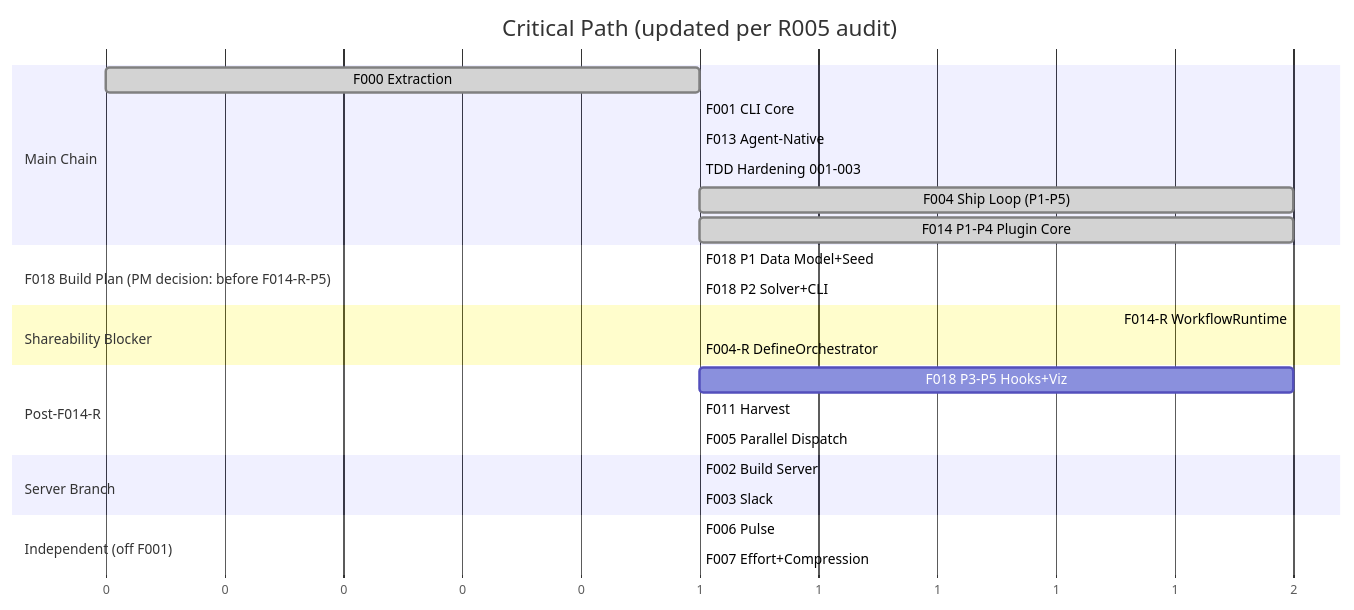
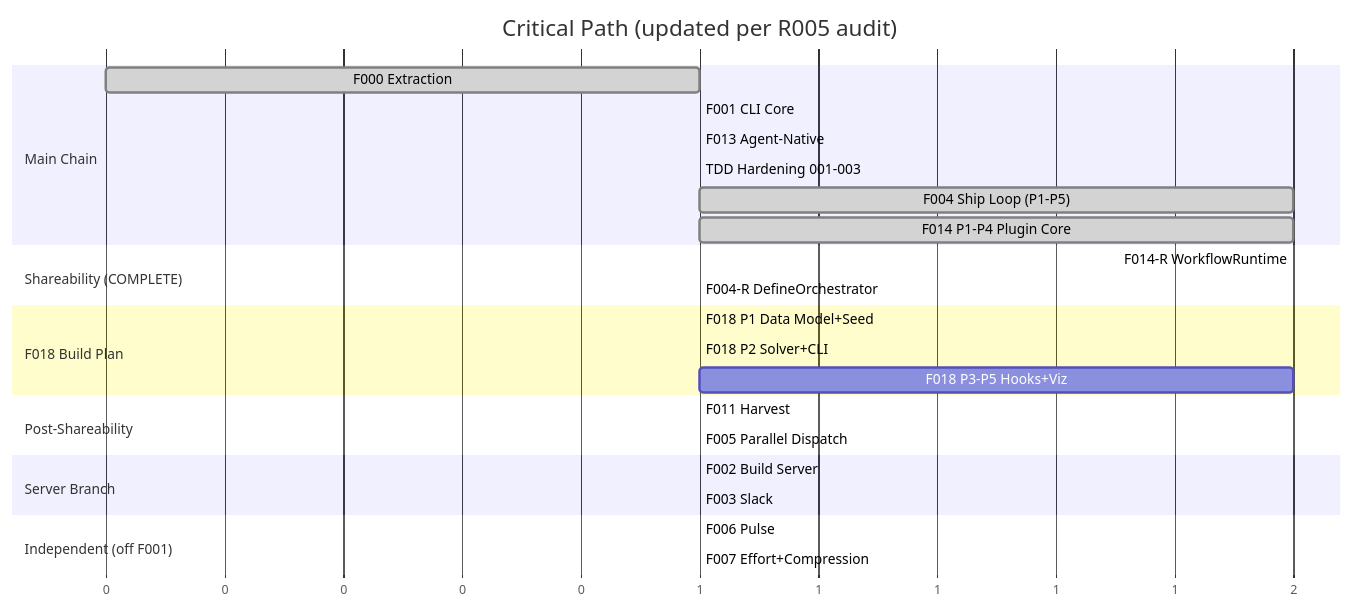
One commit to gforge-esc/gwrk changed the second of 2 diagrams in specs/000-build-plan.md. Above: the diagram before and after it, drawn with Mermaid. The commit also changed other lines of this file and 17 other files, not shown here.

First line of the commit message:
feat(shareability): kill .agents/ couplings, update build plan v15

````diff
--- a/specs/000-build-plan.md
+++ b/specs/000-build-plan.md
@@ -74,35 +74,35 @@
 ```mermaid
 gantt
     title Critical Path (updated per R005 audit)
     dateFormat X
     axisFormat %s
 
     section Main Chain
     F000 Extraction          :done,    f000, 0, 1
     F001 CLI Core            :done,    f001, after f000, 1
     F013 Agent-Native        :done,    f013, after f001, 1
     TDD Hardening 001-003   :done,    tdd,  after f013, 1
     F004 Ship Loop (P1-P5)   :done,    f004, after tdd, 2
     F014 P1-P4 Plugin Core   :done,    f014, after f001, 2
 
-    section F018 Build Plan (PM decision: before F014-R-P5)
+    section Shareability (COMPLETE)
+    F014-R WorkflowRuntime   :done,    f014r, after f014, 2
+    F004-R DefineOrchestrator:done,    f004rd, after f014r, 1
+
+    section F018 Build Plan
     F018 P1 Data Model+Seed  :active,  f018p1, after f014, 1
     F018 P2 Solver+CLI       :         f018p2, after f018p1, 1
+    F018 P3-P5 Hooks+Viz     :         f018p3, after f018p2, 2
 
-    section Shareability Blocker
-    F014-R WorkflowRuntime   :crit,    f014r, after f014, 2
-    F004-R DefineOrchestrator:         f004rd, after f014r, 1
-
-    section Post-F014-R
-    F018 P3-P5 Hooks+Viz     :         f018p3, after f018p2, 2
+    section Post-Shareability
     F011 Harvest             :         f011, after f004, 1
     F005 Parallel Dispatch   :         f005, after f014r, 1
 
     section Server Branch
     F002 Build Server        :done,    f002, after tdd, 1
     F003 Slack               :done,    f003, after f002, 1
 
     section Independent (off F001)
     F006 Pulse               :         f006, after f001, 1
     F007 Effort+Compression  :         f007, after f001, 1
 ```
````
